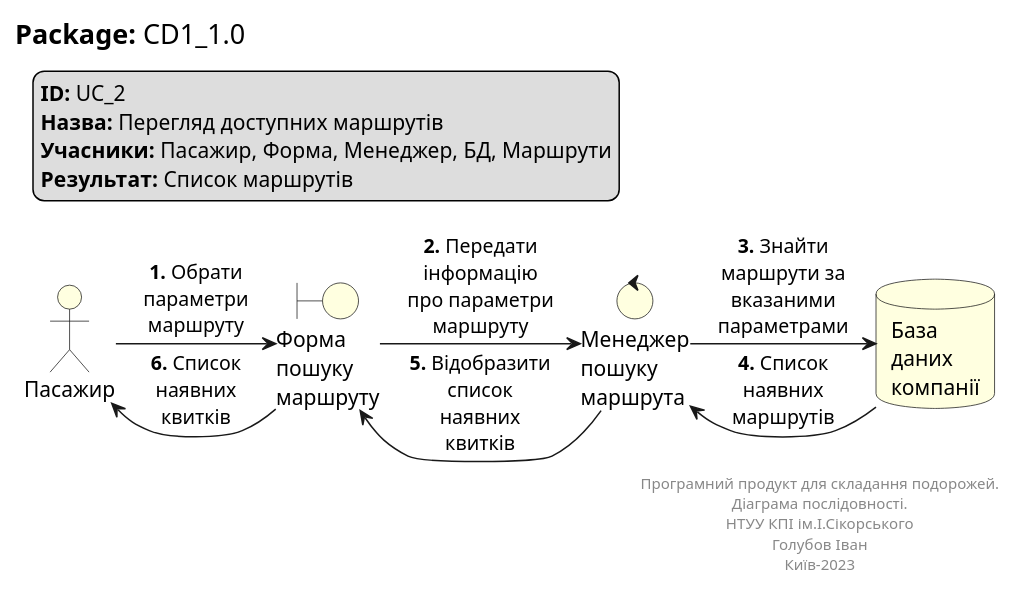
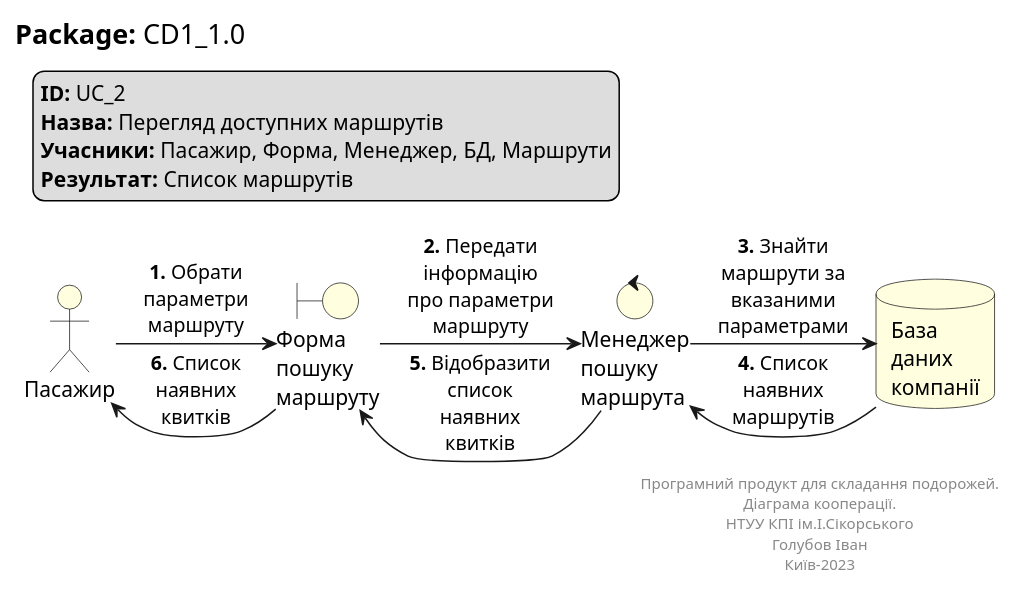
One commit to vano7577/route_planning_system_for_various_vehicles changed the diagram in CD1.puml. Above: the diagram before and after it, drawn with PlantUML.

```diff
--- a/CD1.puml
+++ b/CD1.puml
@@ -1,37 +1,37 @@
 @startuml CD_1.0
 skinparam maxMessageSize 100
 left header
     <font color=000 size=18><b>Package:</b> CD1_1.0
 end header
 
 legend top left
     <b>ID:</b> UC_2
     <b>Назва:</b> Перегляд доступних маршрутів
     <b>Учасники:</b> Пасажир, Форма, Менеджер, БД, Маршрути
     <b>Результат:</b> Список маршрутiв
 endlegend
 
 actor "Пасажир" as user #LightYellow
 boundary "Форма\nпошуку\nмаршруту" as form #LightYellow
 control "Менеджер\nпошуку\nмаршрута" as meneger #LightYellow
 database "База\nданих\nкомпанiї" as db  #LightYellow
 
 user -> form: <b>1.</b> Обрати параметри маршруту 
 form -r-> meneger: <b>2.</b> Передати iнформацiю про параметри маршруту
 
 meneger->db: <b>3.</b> Знайти маршрути за вказаними параметрами
 
 db ->meneger: <b>4.</b> Список наявних маршрутiв
 
 meneger ->form: <b>5.</b> Вiдобразити список наявних квиткiв
 
 form ->user: <b>6.</b> Список наявних квиткiв
 
 right footer
     Програмний продукт для складання подорожей.
-    Дiаграма послiдовностi.
+    Дiаграма кооперації.
     НТУУ КПІ ім.І.Сікорського
     Голубов Iван
     Київ-2023
 end footer
 @enduml
```
